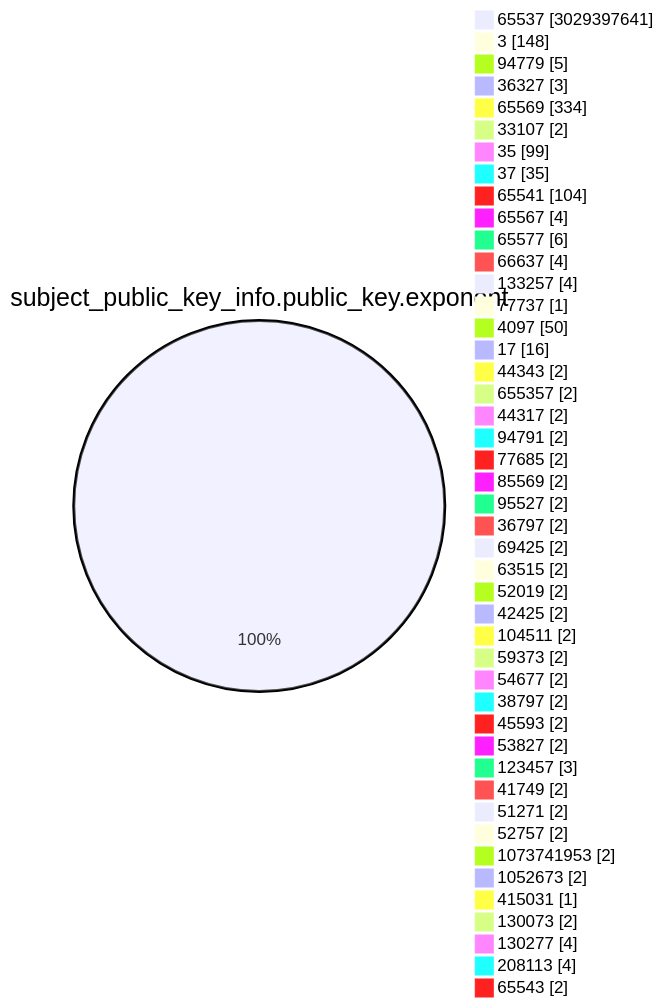
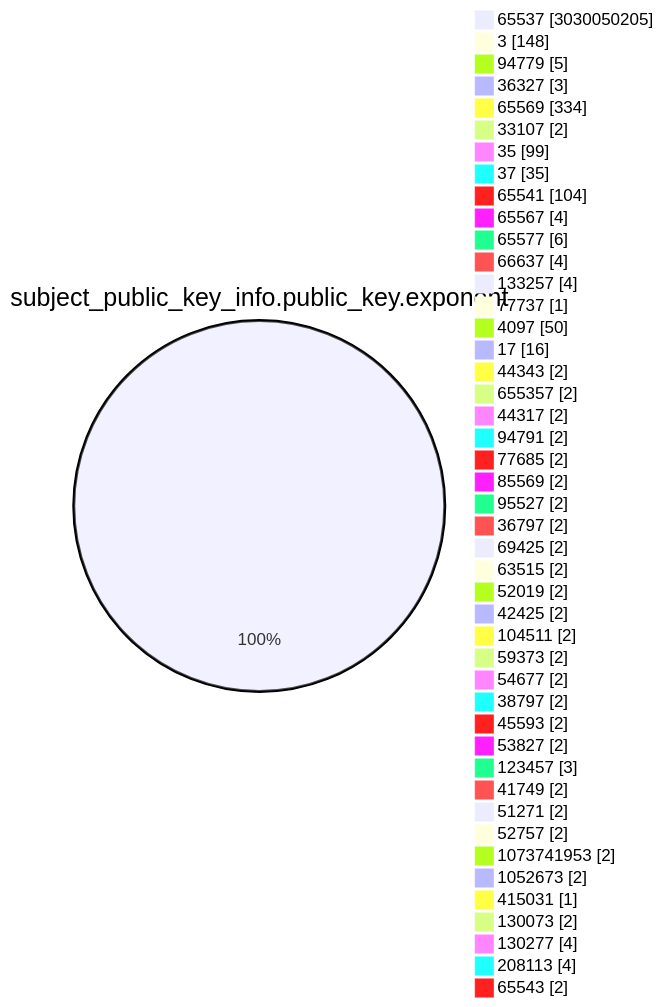
One commit to christiankrug/ctmonitor_visualization changed the fourth of 15 diagrams in TOTAL/README.md. Above: the diagram before and after it, drawn with Mermaid. The commit also changed other lines of this file, not shown here.

````diff
--- a/TOTAL/README.md
+++ b/TOTAL/README.md
@@ -1473,49 +1473,49 @@
 ```mermaid
 pie showData
 title subject_public_key_info.public_key.exponent
-"65537" :3029397641
+"65537" :3030050205
 "3" :148
 "94779" :5
 "36327" :3
 "65569" :334
 "33107" :2
 "35" :99
 "37" :35
 "65541" :104
 "65567" :4
 "65577" :6
 "66637" :4
 "133257" :4
 "77737" :1
 "4097" :50
 "17" :16
 "44343" :2
 "655357" :2
 "44317" :2
 "94791" :2
 "77685" :2
 "85569" :2
 "95527" :2
 "36797" :2
 "69425" :2
 "63515" :2
 "52019" :2
 "42425" :2
 "104511" :2
 "59373" :2
 "54677" :2
 "38797" :2
 "45593" :2
 "53827" :2
 "123457" :3
 "41749" :2
 "51271" :2
 "52757" :2
 "1073741953" :2
 "1052673" :2
 "415031" :1
 "130073" :2
 "130277" :4
 "208113" :4
 "65543" :2
 ```
````
